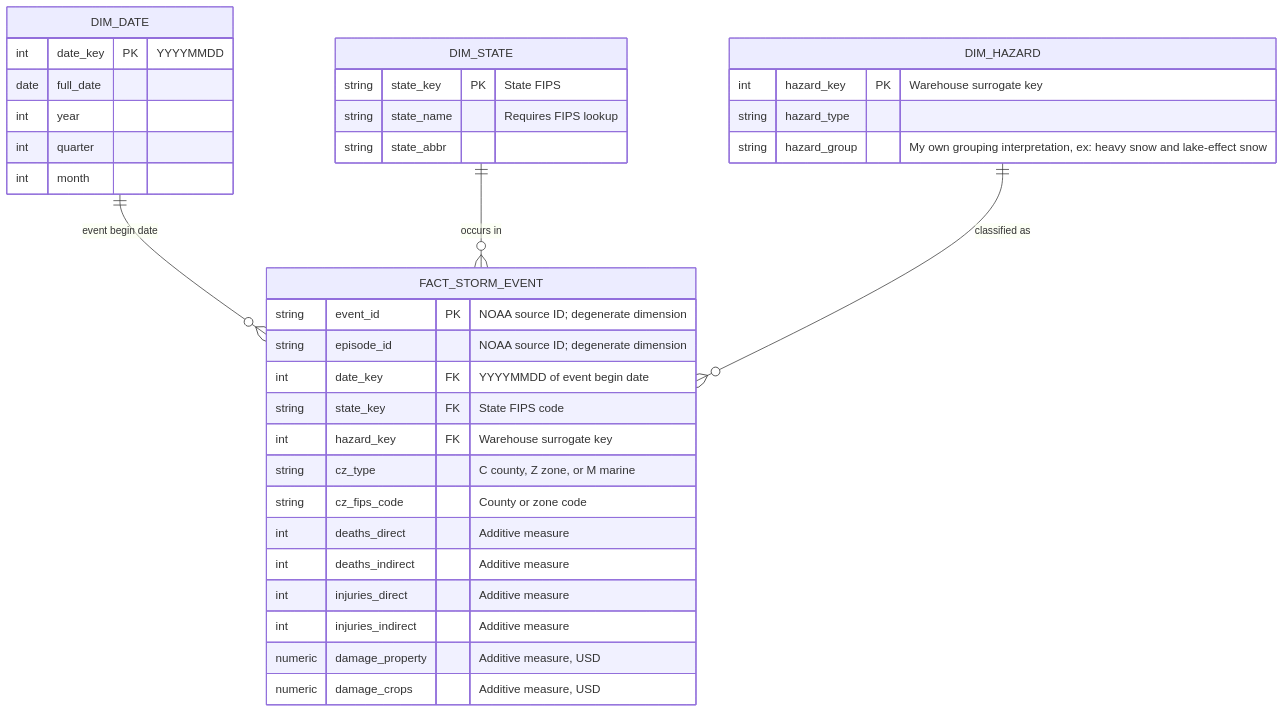
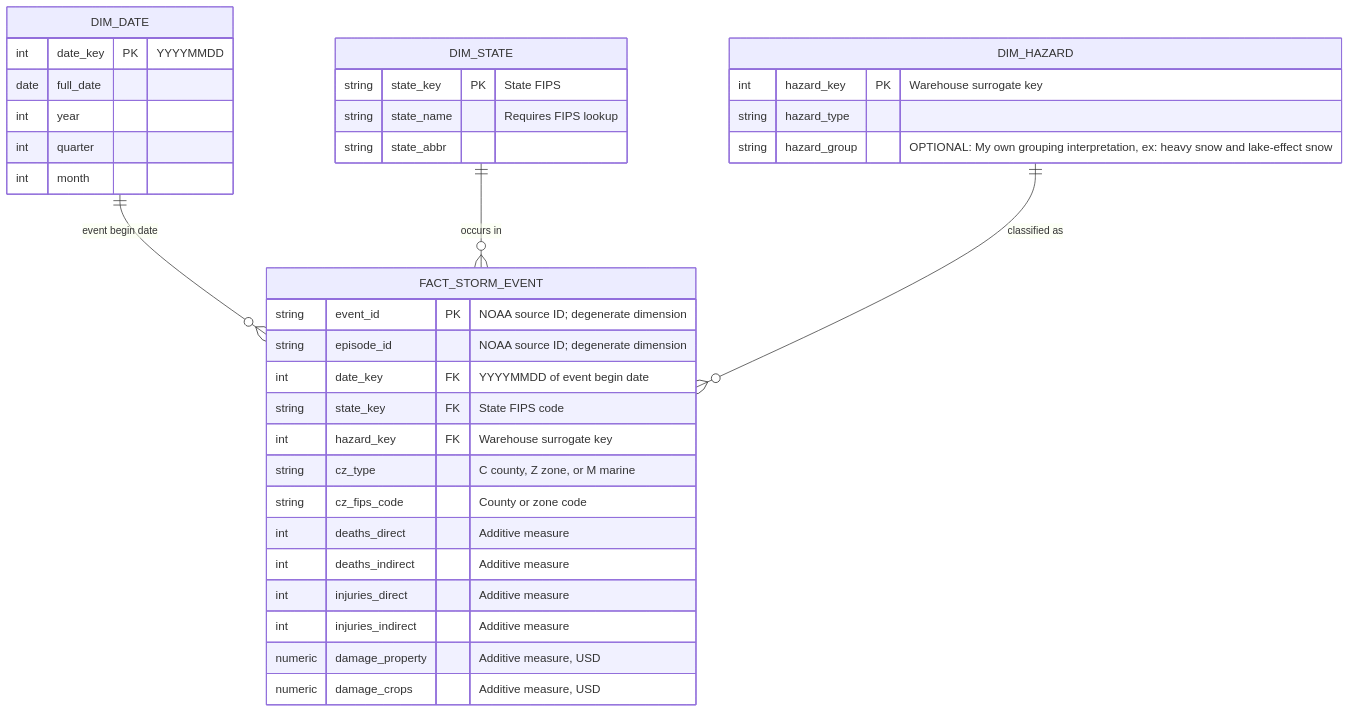
Before and after one commit to giro7292-st-thomas/SEIS-732-Data-Product-Project: the diagram in docs/p1_plan.md, drawn with Mermaid. The commit also changed other lines of this file, not shown here.

````diff
--- a/docs/p1_plan.md
+++ b/docs/p1_plan.md
@@ -65,42 +65,42 @@
 ```mermaid
 erDiagram
     DIM_DATE ||--o{ FACT_STORM_EVENT : "event begin date"
     DIM_STATE ||--o{ FACT_STORM_EVENT : "occurs in"
     DIM_HAZARD ||--o{ FACT_STORM_EVENT : "classified as"
 
     FACT_STORM_EVENT {
         string event_id PK "NOAA source ID; degenerate dimension"
         string episode_id "NOAA source ID; degenerate dimension"
         int date_key FK "YYYYMMDD of event begin date"
         string state_key FK "State FIPS code"
         int hazard_key FK "Warehouse surrogate key"
         string cz_type "C county, Z zone, or M marine"
         string cz_fips_code "County or zone code"
         int deaths_direct "Additive measure"
         int deaths_indirect "Additive measure"
         int injuries_direct "Additive measure"
         int injuries_indirect "Additive measure"
         numeric damage_property "Additive measure, USD"
         numeric damage_crops "Additive measure, USD"
     }
 
     DIM_DATE {
         int date_key PK "YYYYMMDD"
         date full_date
         int year
         int quarter
         int month
     }
 
     DIM_STATE {
         string state_key PK "State FIPS"
         string state_name "Requires FIPS lookup"
         string state_abbr
     }
 
     DIM_HAZARD {
         int hazard_key PK "Warehouse surrogate key"
         string hazard_type
-        string hazard_group "My own grouping interpretation, ex: heavy snow and lake-effect snow"
+        string hazard_group "OPTIONAL: My own grouping interpretation, ex: heavy snow and lake-effect snow"
     }
 ```
````
